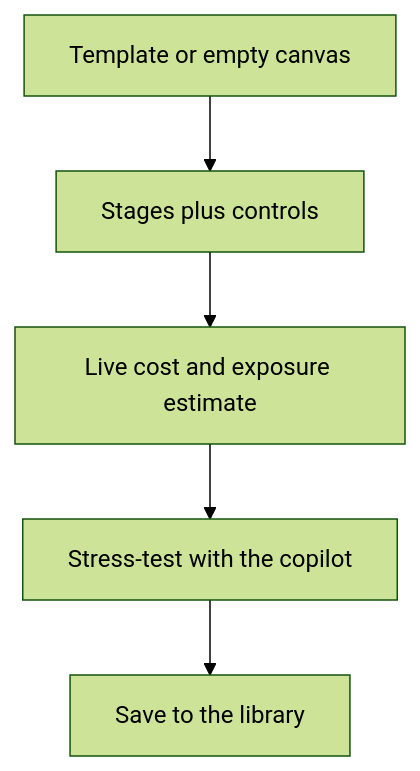
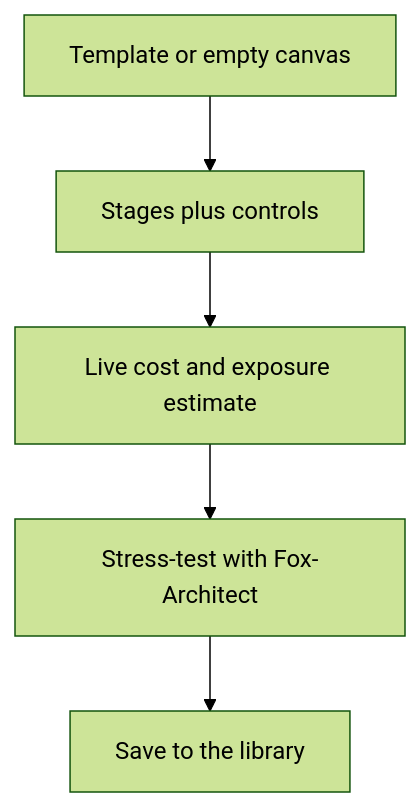
Diagram 16 of 31 in book/WORKFLOWS.md (harishgovardhandamodar/AI-Agents-Patterns), drawn with Mermaid (forest theme) before and after one commit. The commit also changed other lines of this file and 43 other files, not shown here.

First line of the commit message:
Rebrand Copilot to Fox-Architect; workflows book counsel of architects

````diff
--- a/book/WORKFLOWS.md
+++ b/book/WORKFLOWS.md
@@ -394,8 +394,8 @@
 ```mermaid
 flowchart TB
   T["Template or empty canvas"]
   T --> C["Stages plus controls"]
   C --> E["Live cost and exposure estimate"]
-  E --> S["Stress-test with the copilot"]
+  E --> S["Stress-test with Fox-Architect"]
   S --> L["Save to the library"]
 ```
````
